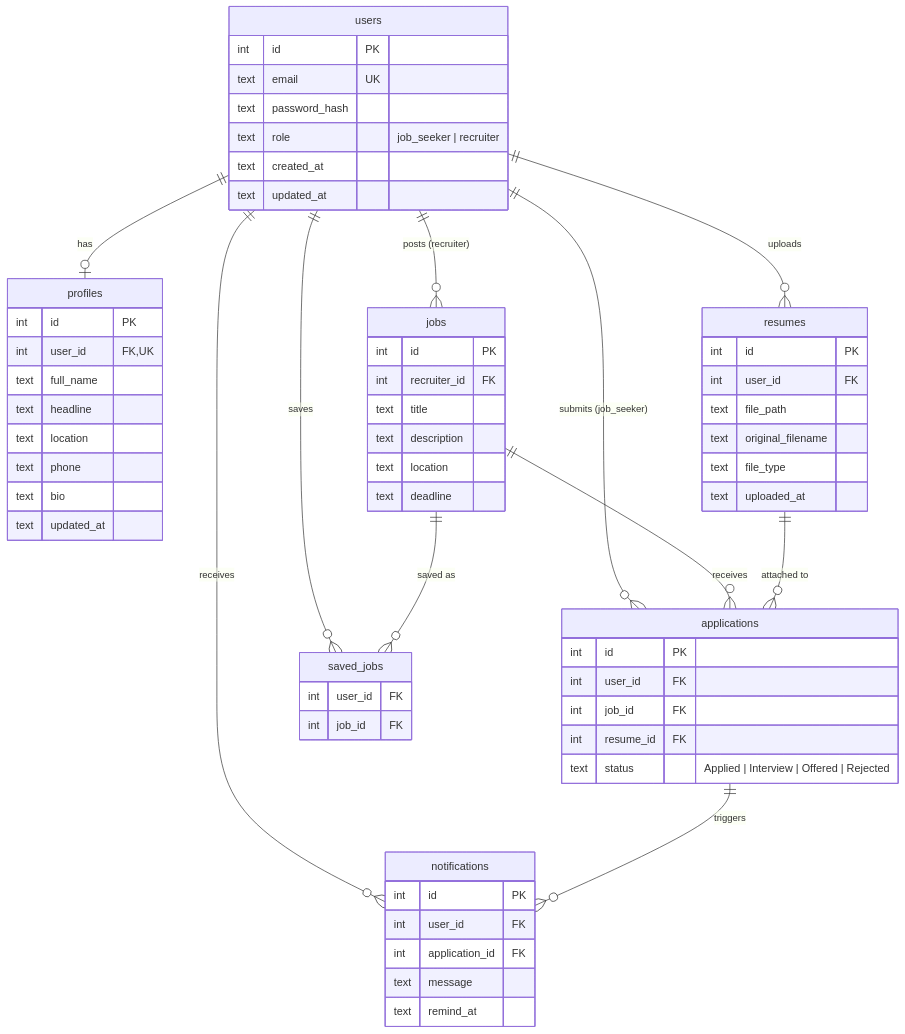
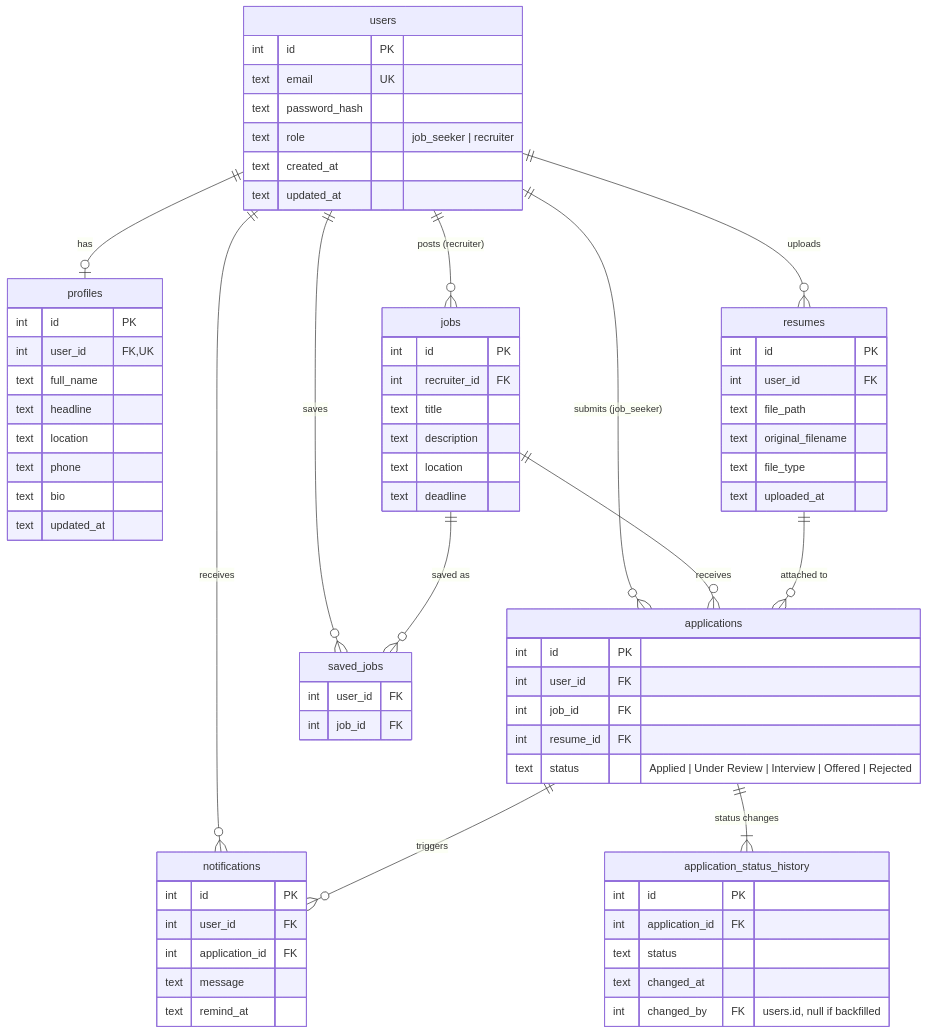
The diagram in docs/ERD.md (bryceorchard/SOEN-341-agile-project-group-back-row), drawn with Mermaid before and after one commit. The commit also changed 8 other files, not shown here.

First line of the commit message:
Backend: application analytics + status history (#134) (#179)

````diff
--- a/docs/ERD.md
+++ b/docs/ERD.md
@@ -5,66 +5,74 @@
 ```mermaid
 erDiagram
   users ||--o| profiles : has
   users ||--o{ resumes : uploads
   users ||--o{ jobs : "posts (recruiter)"
   users ||--o{ applications : "submits (job_seeker)"
   users ||--o{ saved_jobs : saves
   users ||--o{ notifications : receives
   jobs ||--o{ applications : receives
   jobs ||--o{ saved_jobs : "saved as"
   applications ||--o{ notifications : triggers
+  applications ||--|{ application_status_history : "status changes"
   resumes ||--o{ applications : "attached to"
 
   users {
     int id PK
     text email UK
     text password_hash
     text role "job_seeker | recruiter"
     text created_at
     text updated_at
   }
   profiles {
     int id PK
     int user_id FK,UK
     text full_name
     text headline
     text location
     text phone
     text bio
     text updated_at
   }
   resumes {
     int id PK
     int user_id FK
     text file_path
     text original_filename
     text file_type
     text uploaded_at
   }
   jobs {
     int id PK
     int recruiter_id FK
     text title
     text description
     text location
     text deadline
   }
   applications {
     int id PK
     int user_id FK
     int job_id FK
     int resume_id FK
-    text status "Applied | Interview | Offered | Rejected"
+    text status "Applied | Under Review | Interview | Offered | Rejected"
+  }
+  application_status_history {
+    int id PK
+    int application_id FK
+    text status
+    text changed_at
+    int changed_by FK "users.id, null if backfilled"
   }
   saved_jobs {
     int user_id FK
     int job_id FK
   }
   notifications {
     int id PK
     int user_id FK
     int application_id FK
     text message
     text remind_at
   }
 ```
````
